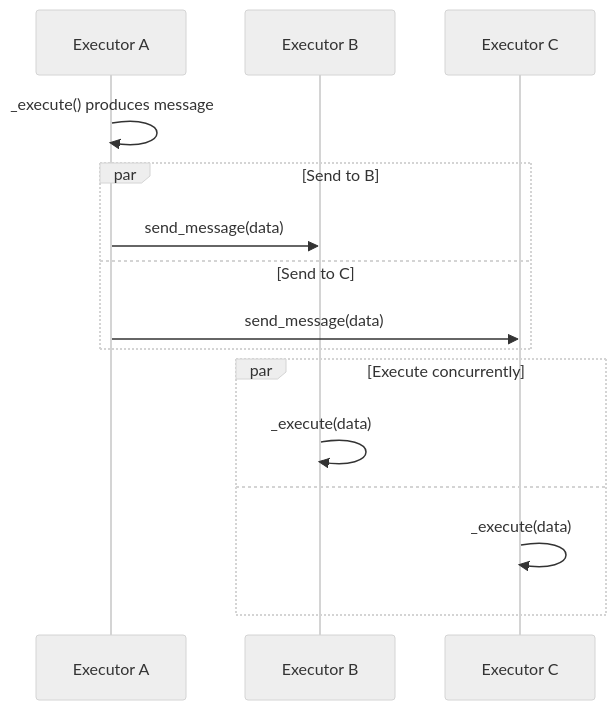
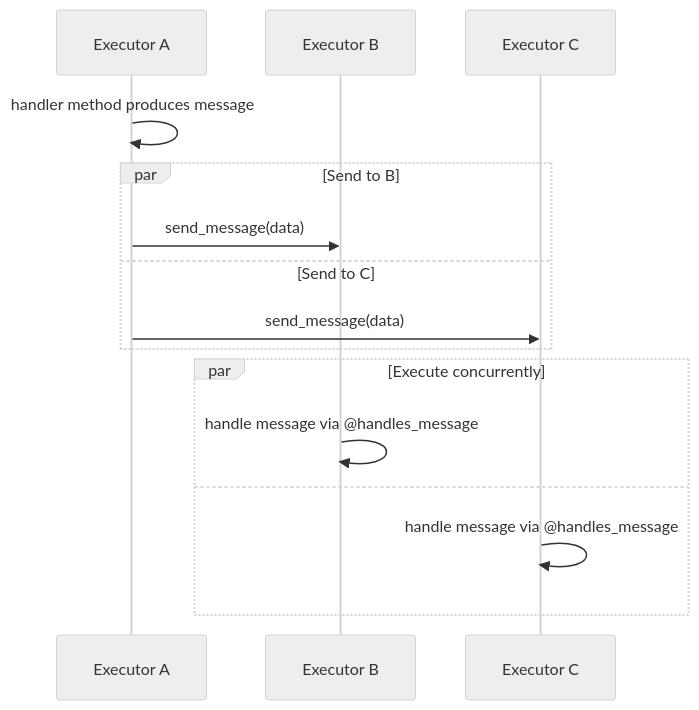
One commit to microsoft/agent-framework changed the second of 5 diagrams in docs/design/workflows_updated.md. Above: the diagram before and after it, drawn with Mermaid (neutral theme). The commit also changed other lines of this file, not shown here.

````diff
--- a/docs/design/workflows_updated.md
+++ b/docs/design/workflows_updated.md
@@ -279,18 +410,18 @@
 ```mermaid
 sequenceDiagram
     participant A as Executor A
     participant B as Executor B
     participant C as Executor C
     
-    A->>A: _execute() produces message
+    A->>A: handler method produces message
     par Send to B
         A->>B: send_message(data)
     and Send to C
         A->>C: send_message(data)
     end
     par Execute concurrently
-        B->>B: _execute(data)
+        B->>B: handle message via @handles_message
     and
-        C->>C: _execute(data)
+        C->>C: handle message via @handles_message
     end
 ```
````
